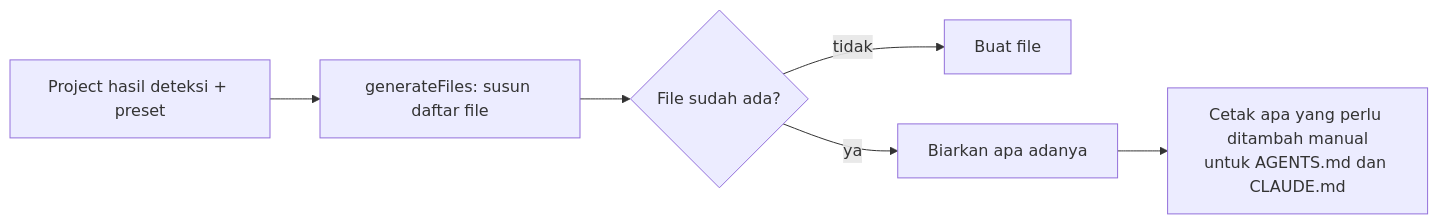
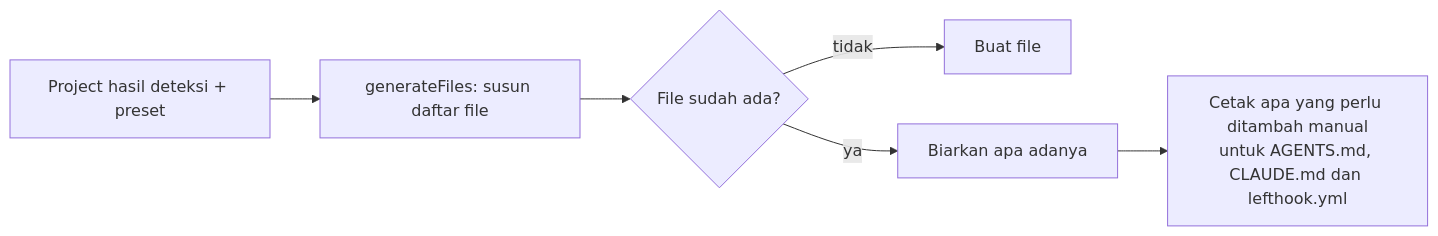
The diagram in docs/wiki/id/features/generated-files.md (RedLucky/agent-initiator), drawn with Mermaid before and after one commit. The commit also changed other lines of this file and 14 other files, not shown here.

First line of the commit message:
fix(TASK-7109): install lefthook hooks after init writes lefthook.yml

````diff
--- a/docs/wiki/id/features/generated-files.md
+++ b/docs/wiki/id/features/generated-files.md
@@ -23,8 +23,8 @@
 ```mermaid
 flowchart LR
     P[Project hasil deteksi + preset] --> G[generateFiles: susun daftar file]
     G --> W{File sudah ada?}
     W -- tidak --> C[Buat file]
     W -- ya --> K[Biarkan apa adanya]
-    K --> M[Cetak apa yang perlu ditambah manual<br/>untuk AGENTS.md dan CLAUDE.md]
+    K --> M[Cetak apa yang perlu ditambah manual<br/>untuk AGENTS.md, CLAUDE.md dan lefthook.yml]
 ```
````
